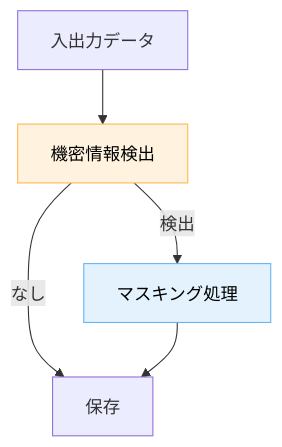
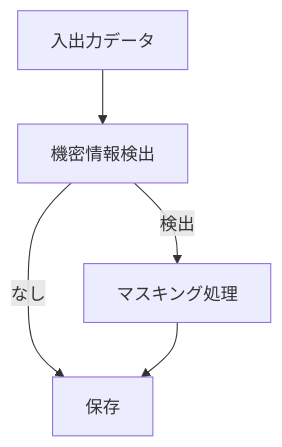
The second of 2 diagrams in docs/tech-notes/llm-アプリのログ設計で残すべき-5-項目.md (dinekt/dinekt-wiki), drawn with Mermaid before and after one commit. The commit also changed other lines of this file and 70 other files, not shown here.

First line of the commit message:
fix(mermaid): strip all inline styling, rely on theme

````diff
--- a/docs/tech-notes/llm-アプリのログ設計で残すべき-5-項目.md
+++ b/docs/tech-notes/llm-アプリのログ設計で残すべき-5-項目.md
@@ -66,10 +65,8 @@
 ```mermaid
 flowchart TD
     I[入出力データ] --> C[機密情報検出]
     C -->|検出| M[マスキング処理]
     C -->|なし| S[保存]
     M --> S
 
-    style C fill:#fff3e0,stroke:#ffb74d,color:#000
-    style M fill:#e3f2fd,stroke:#64b5f6,color:#000
 ```
````
